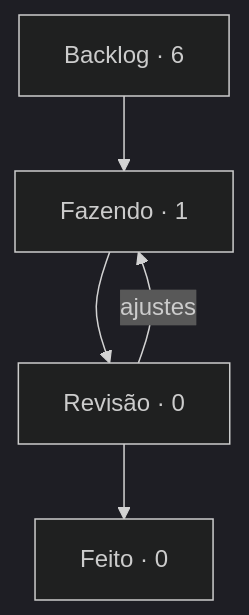
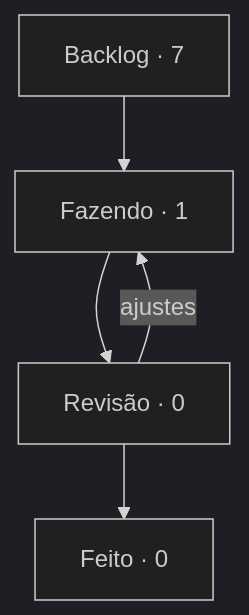
The diagram in boards/dungeon-bend/BOARD.md (StudioVibi/VibiKanban), drawn with Mermaid (dark theme) before and after one commit. The commit also changed other lines of this file and 2 other files, not shown here.

````diff
--- a/boards/dungeon-bend/BOARD.md
+++ b/boards/dungeon-bend/BOARD.md
@@ -5,10 +5,10 @@
 ```mermaid
 flowchart TD
-  backlog["Backlog · 6"] --> doing["Fazendo · 1"]
+  backlog["Backlog · 7"] --> doing["Fazendo · 1"]
   doing --> review["Revisão · 0"]
   review --> done["Feito · 0"]
   review -->|ajustes| doing
   doing:::blue
   review:::yellow
   done:::green
 ```
````
